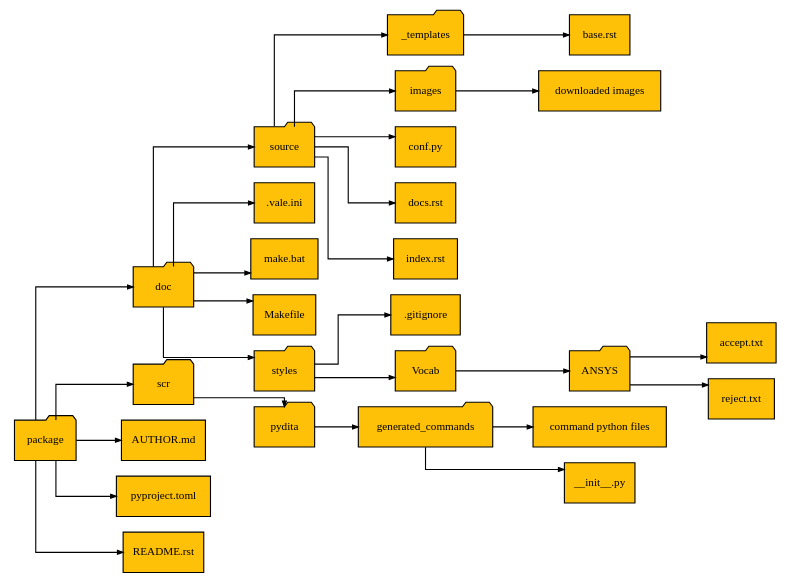
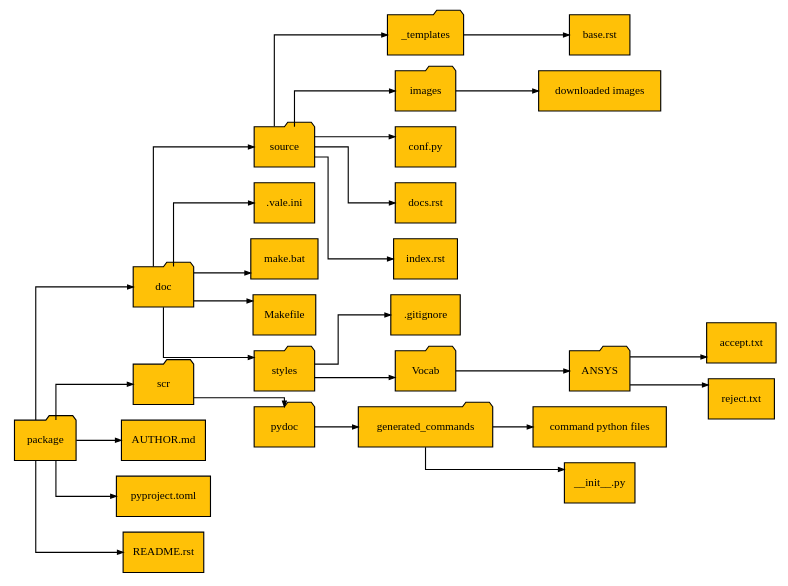
Before and after one commit to ansys/pyconverter-xml2py: the diagram in doc/source/user_guide/images/diags/diag_package.rst, drawn with Graphviz. The commit also changed 6 other files, not shown here.

```diff
--- a/doc/source/user_guide/images/diags/diag_package.rst
+++ b/doc/source/user_guide/images/diags/diag_package.rst
@@ -41,8 +41,8 @@
            label="README.rst", shape="file"
          ];
 
-         pydita [
-           label="pydita", shape="folder"
+         pydoc [
+           label="pydoc", shape="folder"
          ];
 
          generated_commands [
@@ -156,9 +156,9 @@
       ansys -> accept_file
       ansys -> reject_file
 
-      scr -> pydita
+      scr -> pydoc
       
-      pydita -> generated_commands
+      pydoc -> generated_commands
 
       generated_commands -> python_files
       generated_commands -> init_files
```
